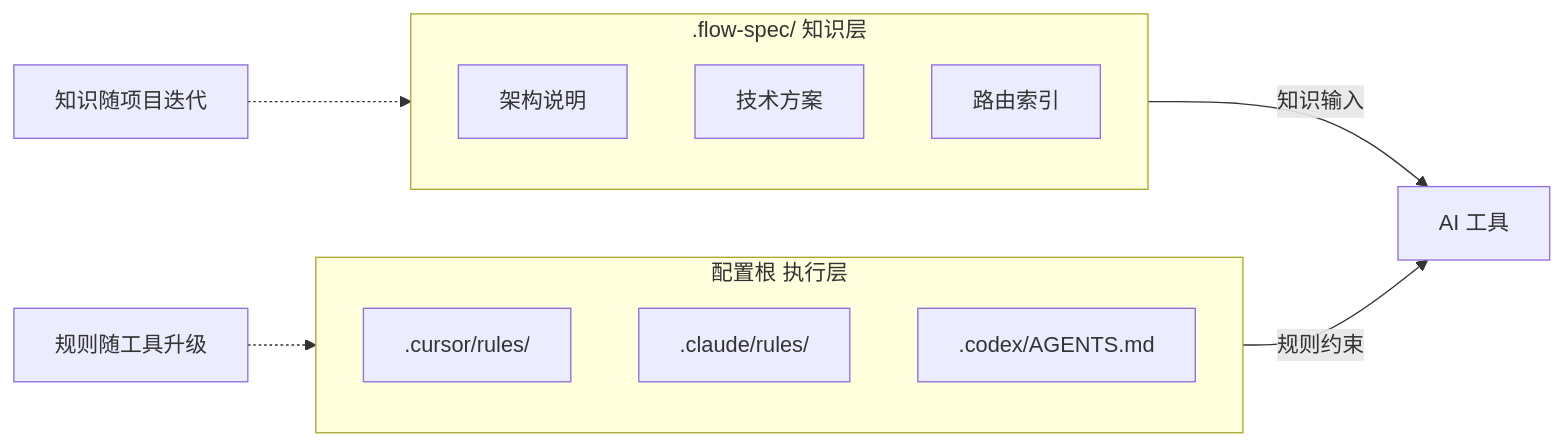
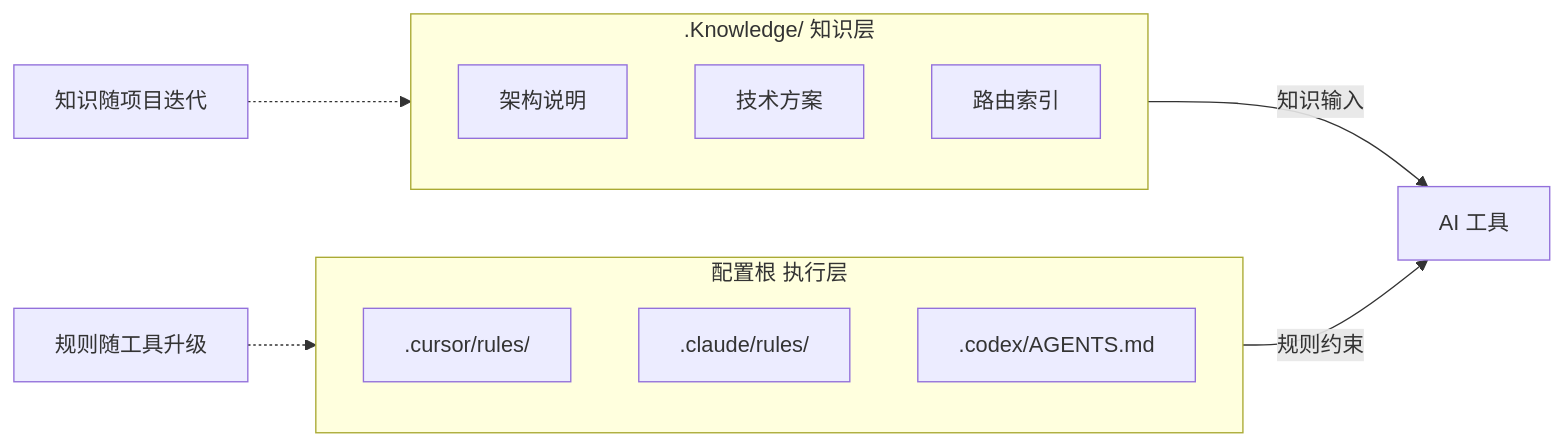
One commit to double-coding-lab/Flow2Spec changed the third of 10 diagrams in docs/设计说明.md. Above: the diagram before and after it, drawn with Mermaid. The commit also changed other lines of this file and 27 other files, not shown here.

````diff
--- a/docs/设计说明.md
+++ b/docs/设计说明.md
@@ -95,20 +95,20 @@
 ```mermaid
 graph LR
-    subgraph K[".flow-spec/  知识层"]
+    subgraph K[".Knowledge/  知识层"]
         K1[架构说明]
         K2[技术方案]
         K3[路由索引]
     end
 
     subgraph R["配置根  执行层"]
         R1[.cursor/rules/]
         R2[.claude/rules/]
         R3[.codex/AGENTS.md]
     end
 
     K -->|知识输入| AI[AI 工具]
     R -->|规则约束| AI
 
     note1["知识随项目迭代"] -.-> K
     note2["规则随工具升级"] -.-> R
 ```
````
